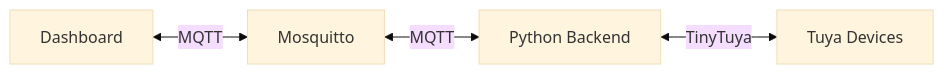
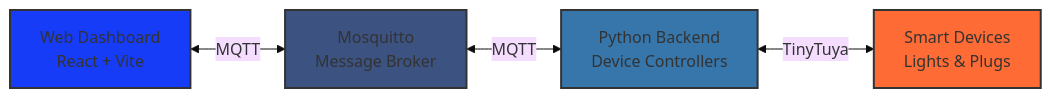
Before and after one commit to NicGroenewald/PI-IOT: the diagram in README.md, drawn with Mermaid (base theme). The commit also changed other lines of this file, not shown here.

````diff
--- a/README.md
+++ b/README.md
@@ -60,6 +73,11 @@
 ```mermaid
 graph LR
-    A[Dashboard] <-->|MQTT| B[Mosquitto]
-    B <-->|MQTT| C[Python Backend]
-    C <-->|TinyTuya| D[Tuya Devices]
+    A[Web Dashboard<br/>React + Vite] <-->|MQTT| B[Mosquitto<br/>Message Broker]
+    B <-->|MQTT| C[Python Backend<br/>Device Controllers]
+    C <-->|TinyTuya| D[Smart Devices<br/>Lights & Plugs]
+    
+    style A fill:#163cf7,stroke:#333,stroke-width:2px
+    style B fill:#3c5280,stroke:#333,stroke-width:2px
+    style C fill:#3776ab,stroke:#333,stroke-width:2px
+    style D fill:#ff6b35,stroke:#333,stroke-width:2px
 ```
````
